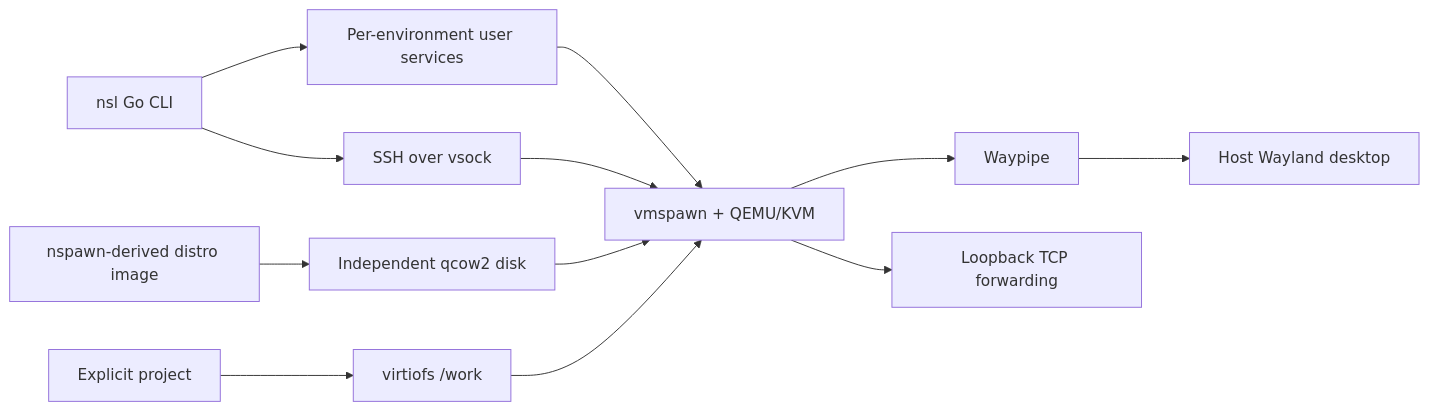
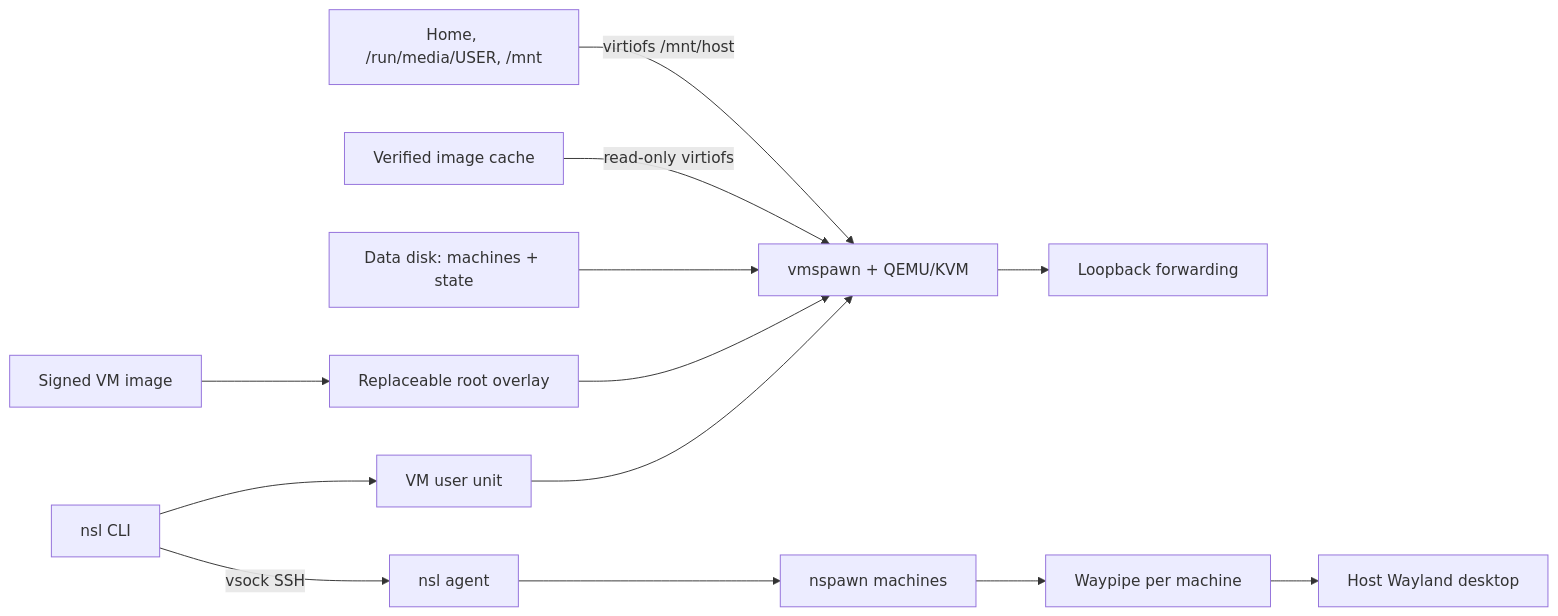
Before and after one commit to frostyard/nsl: the diagram in docs/design/lifecycle.md, drawn with Mermaid. The commit also changed other lines of this file and 38 other files, not shown here.

First line of the commit message:
docs: specify the machine CLI, agent, VM and machine images

````diff
--- a/docs/design/lifecycle.md
+++ b/docs/design/lifecycle.md
@@ -9,14 +9,15 @@
 ```mermaid
 flowchart LR
-    CLI[nsl Go CLI] --> Units[Per-environment user services]
-    Units --> VM[vmspawn + QEMU/KVM]
-    Image[nspawn-derived distro image] --> Disk[Independent qcow2 disk]
-    Disk --> VM
-    CLI --> SSH[SSH over vsock]
-    SSH --> VM
-    Project[Explicit project] --> FS[virtiofs /work]
-    FS --> VM
-    VM --> Waypipe[Waypipe]
+    CLI[nsl CLI] --> Unit[VM user unit]
+    Unit --> VM[vmspawn + QEMU/KVM]
+    VMImage[Signed VM image] --> Root[Replaceable root overlay]
+    Root --> VM
+    Data[Data disk: machines + state] --> VM
+    Cache[Verified image cache] -->|read-only virtiofs| VM
+    Home[Home, /run/media/USER, /mnt] -->|virtiofs /mnt/host| VM
+    CLI -->|vsock SSH| Agent[nsl agent]
+    Agent --> Machines[nspawn machines]
+    VM --> Ports[Loopback forwarding]
+    Machines --> Waypipe[Waypipe per machine]
     Waypipe --> Desktop[Host Wayland desktop]
-    VM --> Ports[Loopback TCP forwarding]
 ```
````
